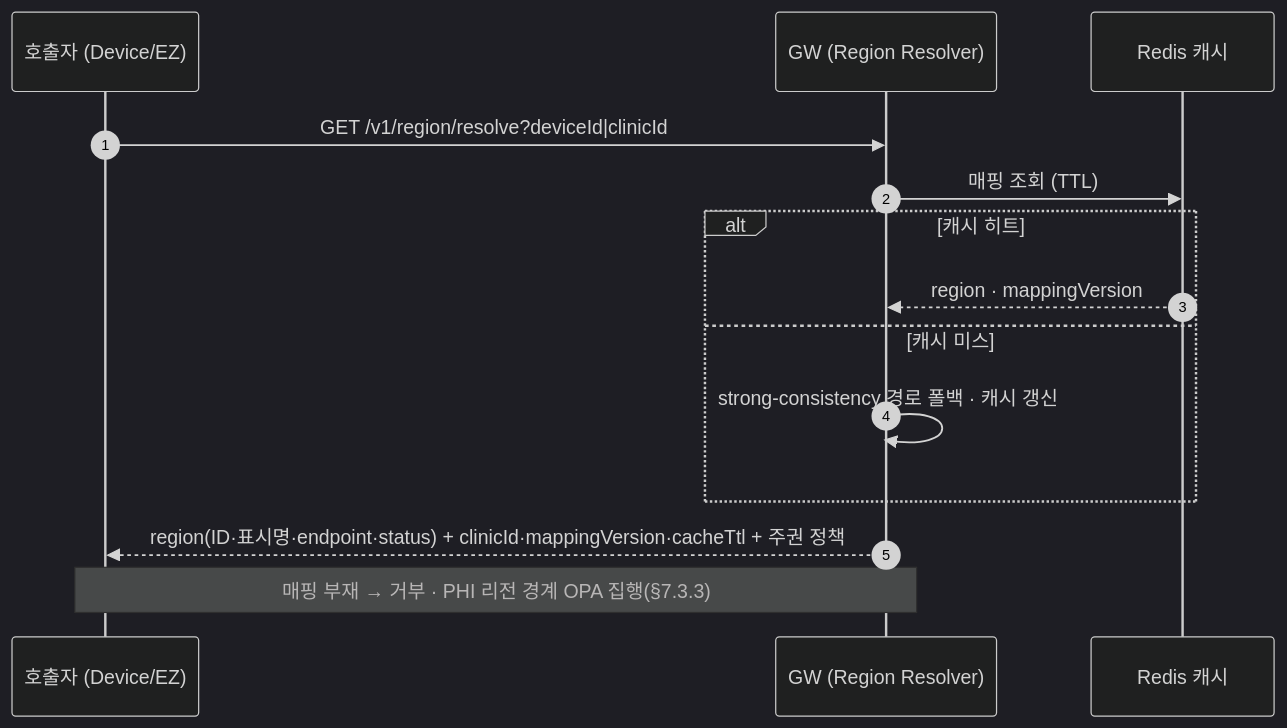
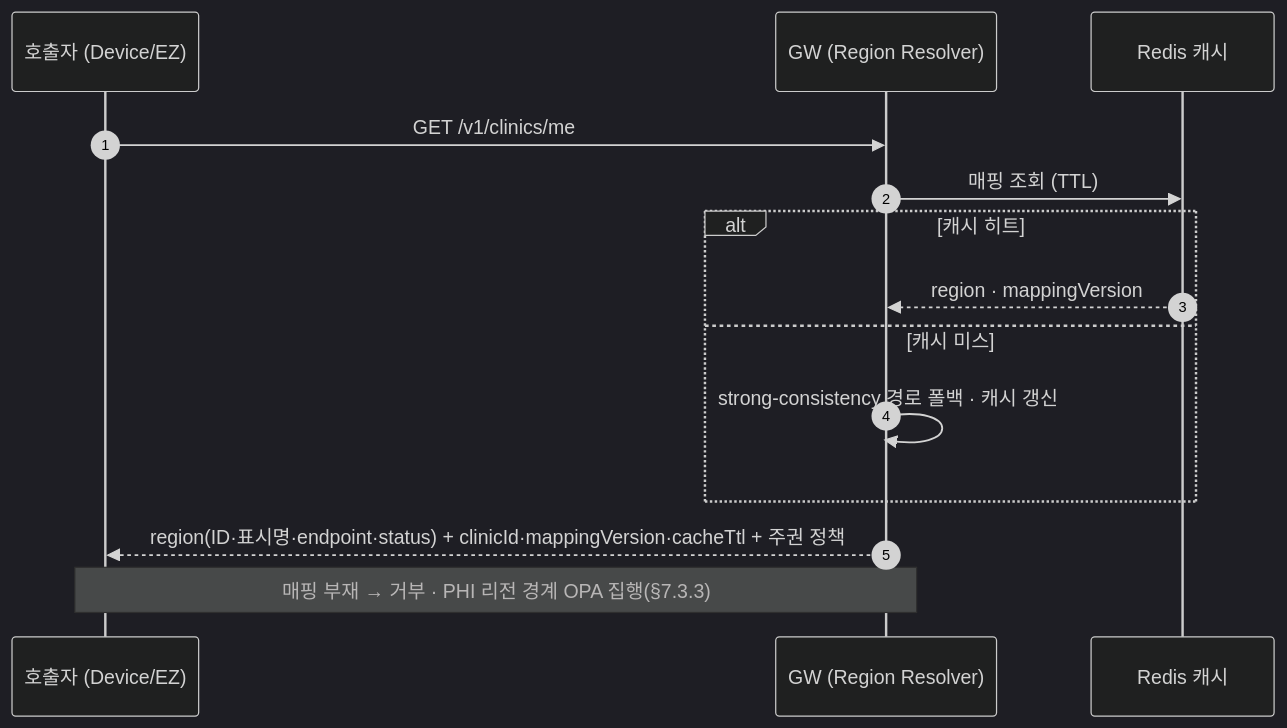
One commit to gracegyu/scp-architecture changed diagram 11 of 22 in docs/VT_API_Gateway/08.VT_API_Gateway/specs/03-srs-gateway/SRS.md. Above: the diagram before and after it, drawn with Mermaid (dark theme). The commit also changed other lines of this file and 5 other files, not shown here.

````diff
--- a/docs/VT_API_Gateway/08.VT_API_Gateway/specs/03-srs-gateway/SRS.md
+++ b/docs/VT_API_Gateway/08.VT_API_Gateway/specs/03-srs-gateway/SRS.md
@@ -633,16 +633,16 @@
 ```mermaid
 sequenceDiagram
     autonumber
     participant C as 호출자 (Device/EZ)
     participant GW as GW (Region Resolver)
     participant R as Redis 캐시
-    C->>GW: GET /v1/region/resolve?deviceId|clinicId
+    C->>GW: GET /v1/clinics/me
     GW->>R: 매핑 조회 (TTL)
     alt 캐시 히트
         R-->>GW: region · mappingVersion
     else 캐시 미스
         GW->>GW: strong-consistency 경로 폴백 · 캐시 갱신
     end
     GW-->>C: region(ID·표시명·endpoint·status) + clinicId·mappingVersion·cacheTtl + 주권 정책
     Note over C,GW: 매핑 부재 → 거부 · PHI 리전 경계 OPA 집행(§7.3.3)
 ```
````
